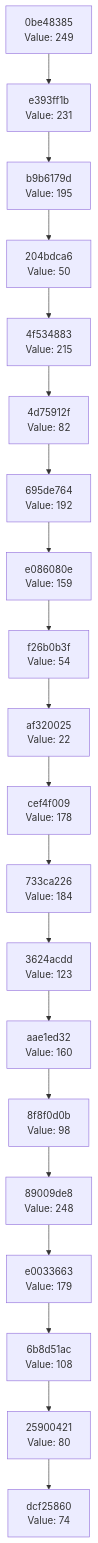
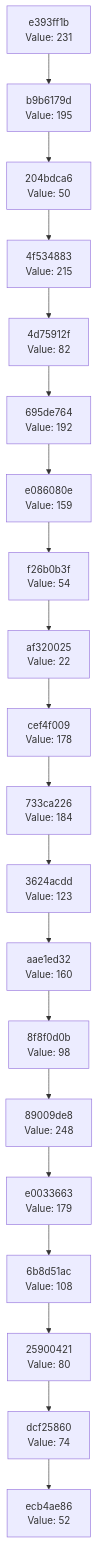
The diagram in docs/CHAIN_VISUALIZATION.md (Abhisheksinha1506/hash-chain-evolver), drawn with Mermaid before and after one commit. The commit also changed 2 other files, not shown here.

Commit message:
Evolution step: hash 0x34 → action executed

````diff
--- a/docs/CHAIN_VISUALIZATION.md
+++ b/docs/CHAIN_VISUALIZATION.md
@@ -3,42 +3,42 @@
 ```mermaid
 graph TD
-    C0["dcf25860<br/>Value: 74"]
-    C1["25900421<br/>Value: 80"]
+    C0["ecb4ae86<br/>Value: 52"]
+    C1["dcf25860<br/>Value: 74"]
     C1 --> C0
-    C2["6b8d51ac<br/>Value: 108"]
+    C2["25900421<br/>Value: 80"]
     C2 --> C1
-    C3["e0033663<br/>Value: 179"]
+    C3["6b8d51ac<br/>Value: 108"]
     C3 --> C2
-    C4["89009de8<br/>Value: 248"]
+    C4["e0033663<br/>Value: 179"]
     C4 --> C3
-    C5["8f8f0d0b<br/>Value: 98"]
+    C5["89009de8<br/>Value: 248"]
     C5 --> C4
-    C6["aae1ed32<br/>Value: 160"]
+    C6["8f8f0d0b<br/>Value: 98"]
     C6 --> C5
-    C7["3624acdd<br/>Value: 123"]
+    C7["aae1ed32<br/>Value: 160"]
     C7 --> C6
-    C8["733ca226<br/>Value: 184"]
+    C8["3624acdd<br/>Value: 123"]
     C8 --> C7
-    C9["cef4f009<br/>Value: 178"]
+    C9["733ca226<br/>Value: 184"]
     C9 --> C8
-    C10["af320025<br/>Value: 22"]
+    C10["cef4f009<br/>Value: 178"]
     C10 --> C9
-    C11["f26b0b3f<br/>Value: 54"]
+    C11["af320025<br/>Value: 22"]
     C11 --> C10
-    C12["e086080e<br/>Value: 159"]
+    C12["f26b0b3f<br/>Value: 54"]
     C12 --> C11
-    C13["695de764<br/>Value: 192"]
+    C13["e086080e<br/>Value: 159"]
     C13 --> C12
-    C14["4d75912f<br/>Value: 82"]
+    C14["695de764<br/>Value: 192"]
     C14 --> C13
-    C15["4f534883<br/>Value: 215"]
+    C15["4d75912f<br/>Value: 82"]
     C15 --> C14
-    C16["204bdca6<br/>Value: 50"]
+    C16["4f534883<br/>Value: 215"]
     C16 --> C15
-    C17["b9b6179d<br/>Value: 195"]
+    C17["204bdca6<br/>Value: 50"]
     C17 --> C16
-    C18["e393ff1b<br/>Value: 231"]
+    C18["b9b6179d<br/>Value: 195"]
     C18 --> C17
-    C19["0be48385<br/>Value: 249"]
+    C19["e393ff1b<br/>Value: 231"]
     C19 --> C18
 ```
````
